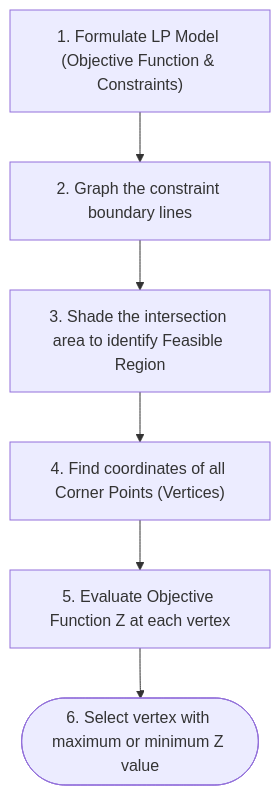
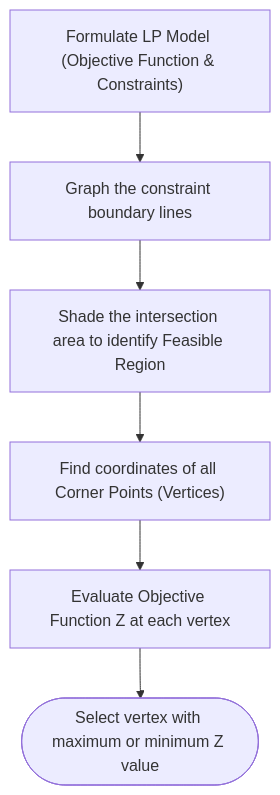
The second of 2 diagrams in content/Year 1/Mathematics in the Modern World/9. Linear Inequalities and Linear Programming.md (aidocmr/learn-bscs), drawn with Mermaid before and after one commit. The commit also changed other lines of this file and 20 other files, not shown here.

First line of the commit message:
fix: Remove markdown lists and numbered prefixes from all Mermaid diagrams

````diff
--- a/content/Year 1/Mathematics in the Modern World/9. Linear Inequalities and Linear Programming.md
+++ b/content/Year 1/Mathematics in the Modern World/9. Linear Inequalities and Linear Programming.md
@@ -45,8 +45,8 @@
 ```mermaid
 flowchart TD
-    Step1["1. Formulate LP Model (Objective Function & Constraints)"] --> Step2["2. Graph the constraint boundary lines"]
-    Step2 --> Step3["3. Shade the intersection area to identify Feasible Region"]
-    Step3 --> Step4["4. Find coordinates of all Corner Points (Vertices)"]
-    Step4 --> Step5["5. Evaluate Objective Function Z at each vertex"]
-    Step5 --> Step6(["6. Select vertex with maximum or minimum Z value"])
+    Step1["Formulate LP Model (Objective Function & Constraints)"] --> Step2["Graph the constraint boundary lines"]
+    Step2 --> Step3["Shade the intersection area to identify Feasible Region"]
+    Step3 --> Step4["Find coordinates of all Corner Points (Vertices)"]
+    Step4 --> Step5["Evaluate Objective Function Z at each vertex"]
+    Step5 --> Step6(["Select vertex with maximum or minimum Z value"])
 ```
````
